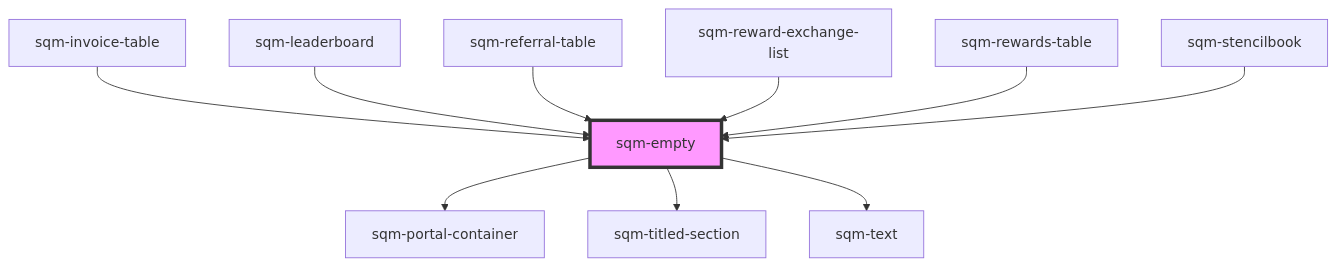
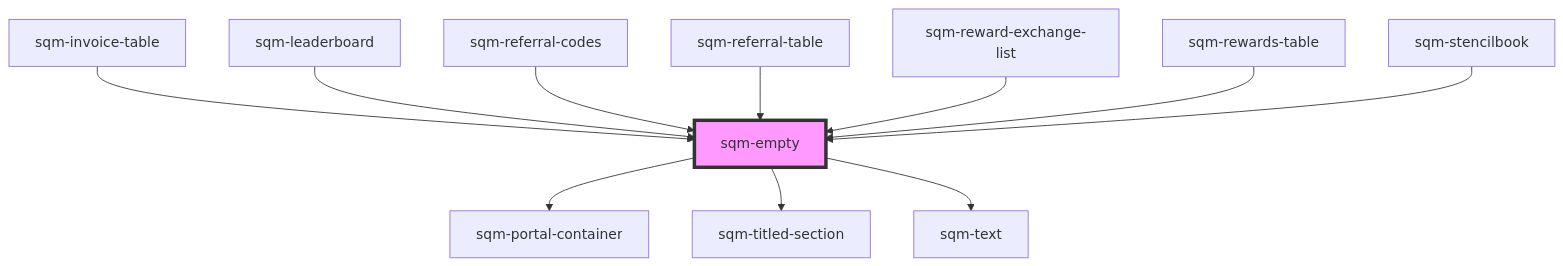
The diagram in packages/mint-components/src/components/sqm-empty/readme.md (saasquatch/program-tools), drawn with Mermaid before and after one commit. The commit also changed other lines of this file and 7 other files, not shown here.

````diff
--- a/packages/mint-components/src/components/sqm-empty/readme.md
+++ b/packages/mint-components/src/components/sqm-empty/readme.md
@@ -36,13 +37,14 @@
 ```mermaid
 graph TD;
   sqm-empty --> sqm-portal-container
   sqm-empty --> sqm-titled-section
   sqm-empty --> sqm-text
   sqm-invoice-table --> sqm-empty
   sqm-leaderboard --> sqm-empty
+  sqm-referral-codes --> sqm-empty
   sqm-referral-table --> sqm-empty
   sqm-reward-exchange-list --> sqm-empty
   sqm-rewards-table --> sqm-empty
   sqm-stencilbook --> sqm-empty
   style sqm-empty fill:#f9f,stroke:#333,stroke-width:4px
 ```
````
